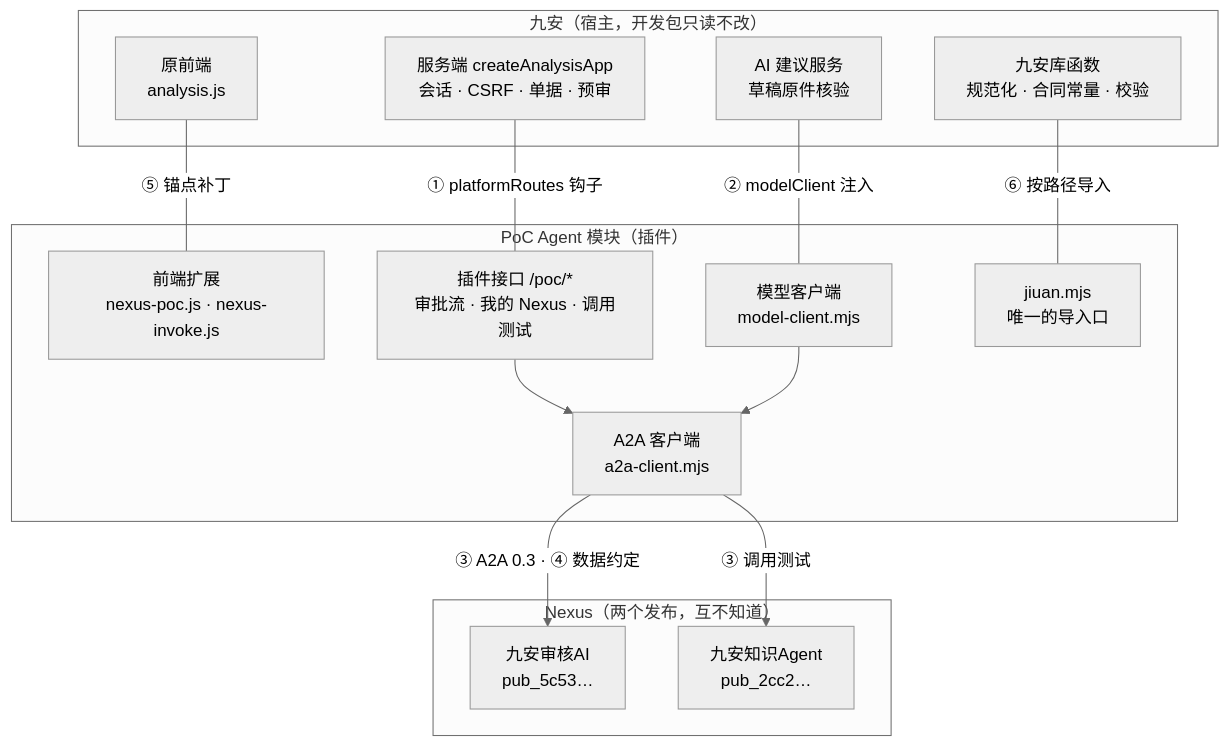
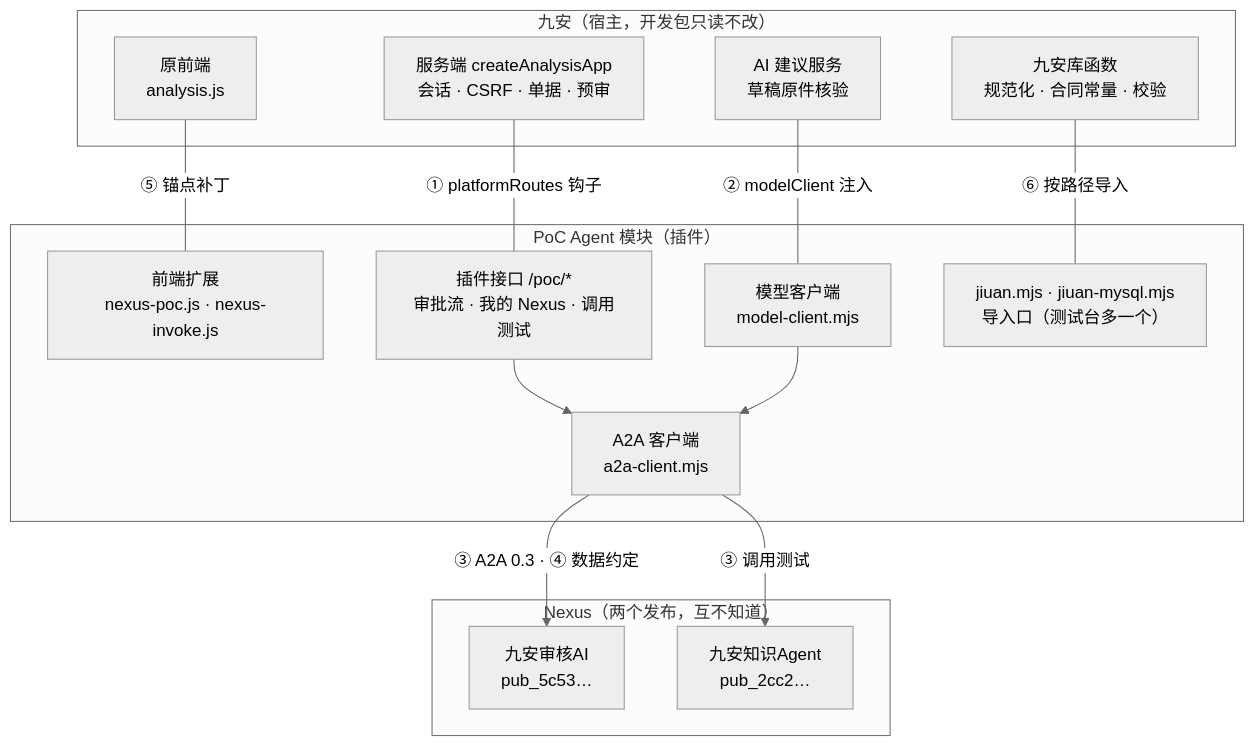
Before and after one commit to LiboMa/nexus-jiuan-agent-framework-poc: the diagram in docs/assets/diagrams/decoupling-seams.mmd, drawn with Mermaid (neutral theme). The commit also changed 118 other files, not shown here.

```diff
--- a/docs/assets/diagrams/decoupling-seams.mmd
+++ b/docs/assets/diagrams/decoupling-seams.mmd
@@ -1,29 +1,29 @@
 flowchart TB
   subgraph J["九安（宿主，开发包只读不改）"]
     jfe["原前端<br/>analysis.js"]
     jsrv["服务端 createAnalysisApp<br/>会话 · CSRF · 单据 · 预审"]
     jadv["AI 建议服务<br/>草稿原件核验"]
     jlib["九安库函数<br/>规范化 · 合同常量 · 校验"]
   end
   subgraph P["PoC Agent 模块（插件）"]
     pfe["前端扩展<br/>nexus-poc.js · nexus-invoke.js"]
     proutes["插件接口 /poc/*<br/>审批流 · 我的 Nexus · 调用测试"]
     pmc["模型客户端<br/>model-client.mjs"]
-    pj["jiuan.mjs<br/>唯一的导入口"]
+    pj["jiuan.mjs · jiuan-mysql.mjs<br/>导入口（测试台多一个）"]
     pa2a["A2A 客户端<br/>a2a-client.mjs"]
   end
   subgraph N["Nexus（两个发布，互不知道）"]
     n1["九安审核AI<br/>pub_5c53…"]
     n2["九安知识Agent<br/>pub_2cc2…"]
   end
   jfe ---|"⑤ 锚点补丁"| pfe
   jsrv ---|"① platformRoutes 钩子"| proutes
   jadv ---|"② modelClient 注入"| pmc
   jlib ---|"⑥ 按路径导入"| pj
   proutes --> pa2a
   pmc --> pa2a
   pa2a -->|"③ A2A 0.3 · ④ 数据约定"| n1
   pa2a -->|"③ 调用测试"| n2
   class jfe,jsrv,jadv,jlib jiuan
   class pfe,proutes,pmc,pa2a,pj poc
   class n1,n2 nexus
```
